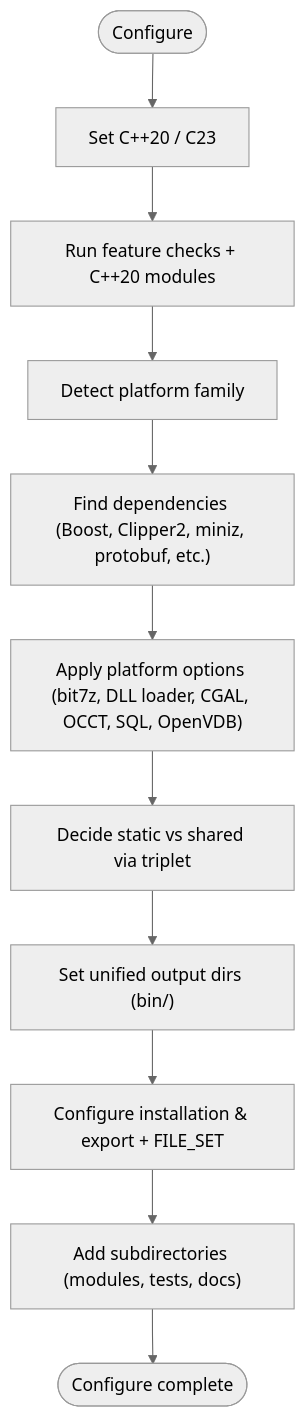
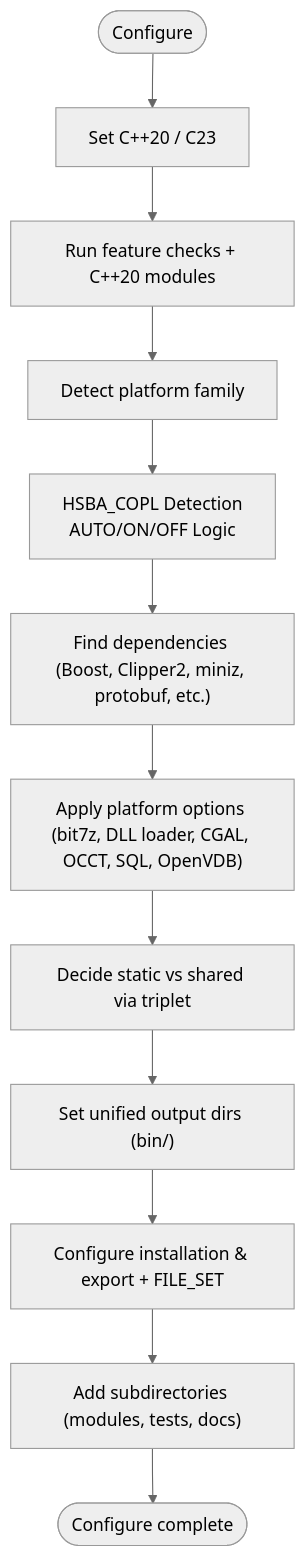
One commit to hsmbanlance/HsBaSlicer changed the third of 20 diagrams in .qoder/repowiki/en/content/Getting Started/Multi-Platform Build System.md. Above: the diagram before and after it, drawn with Mermaid (neutral theme). The commit also changed other lines of this file and 11 other files, not shown here.

````diff
--- a/.qoder/repowiki/en/content/Getting Started/Multi-Platform Build System.md
+++ b/.qoder/repowiki/en/content/Getting Started/Multi-Platform Build System.md
@@ -194,13 +202,14 @@
 ```mermaid
 flowchart TD
 Start(["Configure"]) --> Standards["Set C++20 / C23"]
 Standards --> Features["Run feature checks + C++20 modules"]
 Features --> Platform["Detect platform family"]
-Platform --> Deps["Find dependencies (Boost, Clipper2, miniz, protobuf, etc.)"]
+Platform --> Copyleft["HSBA_COPL Detection<br/>AUTO/ON/OFF Logic"]
+Copyleft --> Deps["Find dependencies (Boost, Clipper2, miniz, protobuf, etc.)"]
 Deps --> Options["Apply platform options (bit7z, DLL loader, CGAL, OCCT, SQL, OpenVDB)"]
 Options --> Linkage["Decide static vs shared via triplet"]
 Linkage --> OutputDirs["Set unified output dirs (bin/<config>)"]
 OutputDirs --> Install["Configure installation & export + FILE_SET"]
 Install --> Subdirs["Add subdirectories (modules, tests, docs)"]
 Subdirs --> End(["Configure complete"])
 ```
````
